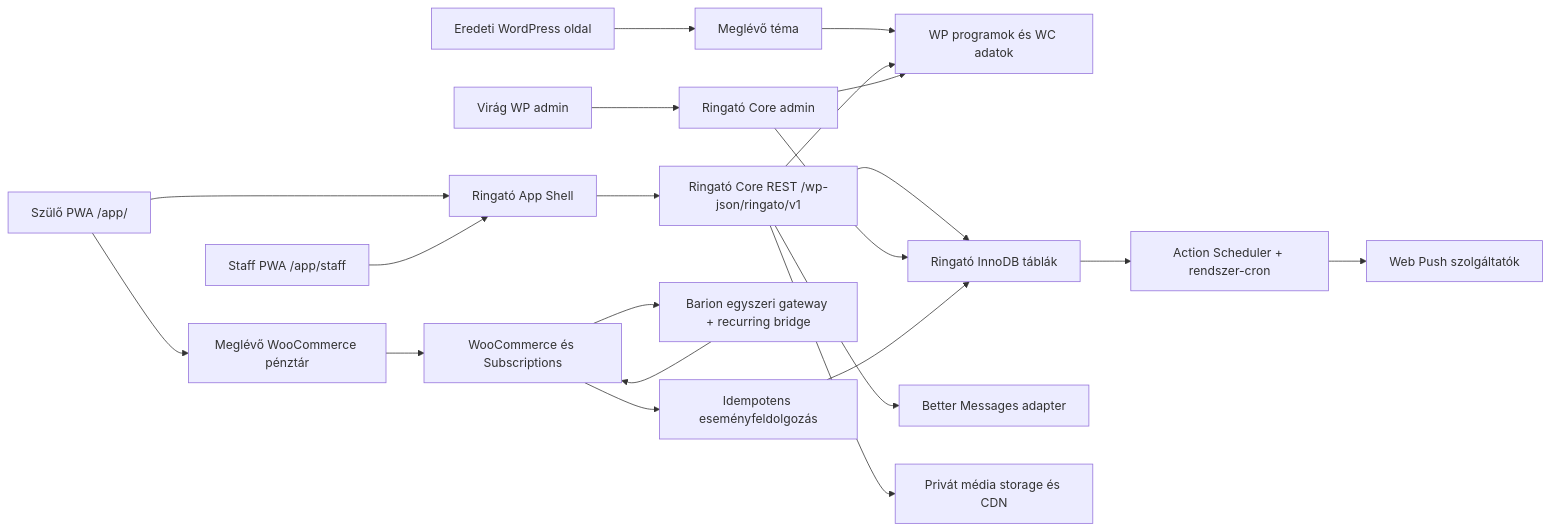
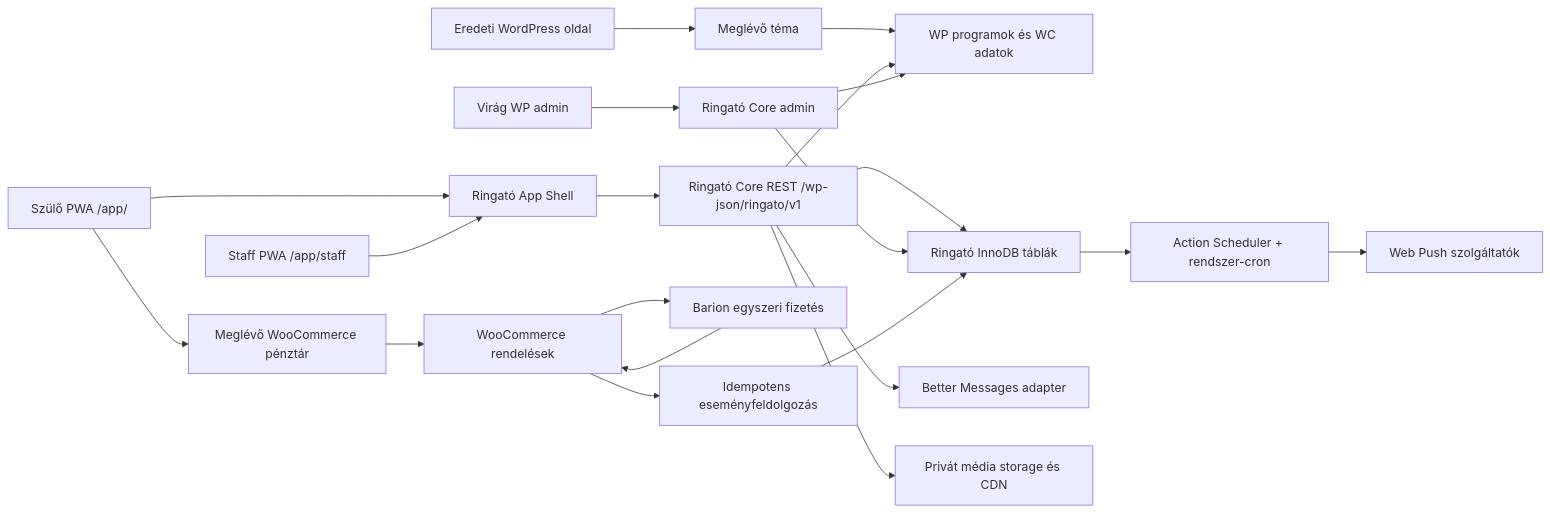
Before and after one commit to realabu/ringato-pwa-demo: the first of 2 diagrams in docs/implementation-plan/02-architektura.md, drawn with Mermaid. The commit also changed other lines of this file, not shown here.

Commit message:
docs: align architecture and API with manual monthly premium MVP

````diff
--- a/docs/implementation-plan/02-architektura.md
+++ b/docs/implementation-plan/02-architektura.md
@@ -7,23 +7,23 @@
 ```mermaid
 flowchart LR
   Parent[Szülő PWA /app/] --> Shell[Ringató App Shell]
   Staff[Staff PWA /app/staff] --> Shell
   Shell --> API[Ringató Core REST /wp-json/ringato/v1]
   Parent --> Checkout[Meglévő WooCommerce pénztár]
   Web[Eredeti WordPress oldal] --> Theme[Meglévő téma]
   Theme --> Legacy[WP programok és WC adatok]
   API --> Legacy
   API --> Tables[Ringató InnoDB táblák]
   API --> Chat[Better Messages adapter]
   API --> CDN[Privát média storage és CDN]
   Admin[Virág WP admin] --> CoreAdmin[Ringató Core admin]
   CoreAdmin --> Tables
   CoreAdmin --> Legacy
-  Checkout --> WC[WooCommerce és Subscriptions]
-  WC --> Pay[Barion egyszeri gateway + recurring bridge]
+  Checkout --> WC[WooCommerce rendelések]
+  WC --> Pay[Barion egyszeri fizetés]
   Pay --> WC
   WC --> Outbox[Idempotens eseményfeldolgozás]
   Outbox --> Tables
   Tables --> Jobs[Action Scheduler + rendszer-cron]
   Jobs --> Push[Web Push szolgáltatók]
 ```
````
